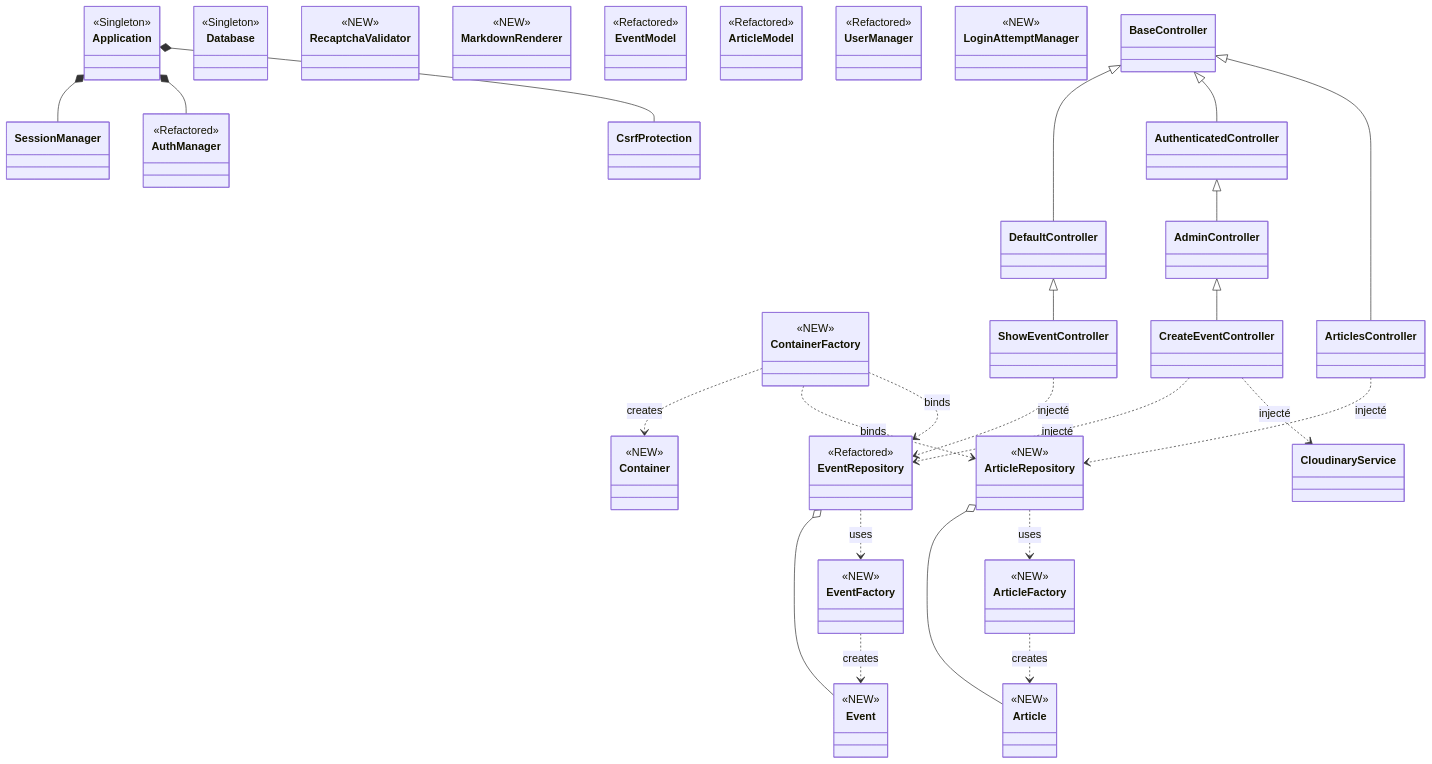
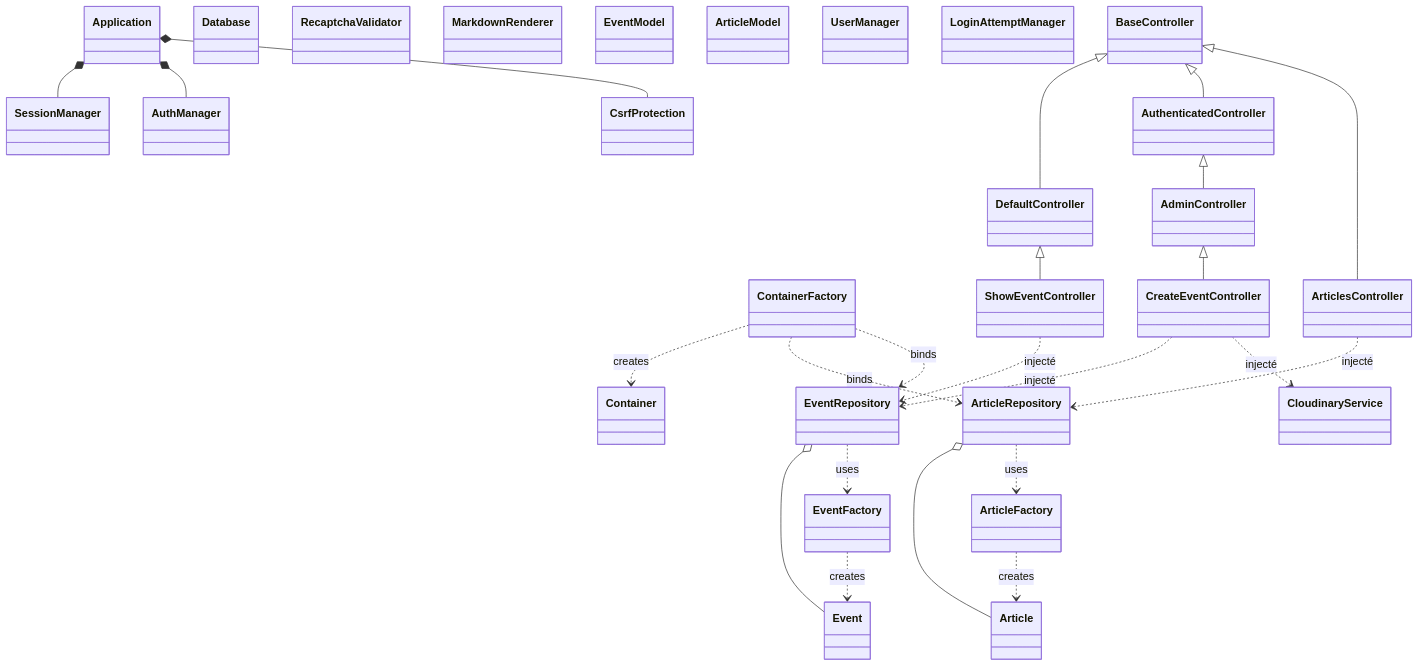
One commit to AHAMED-Nasser/BdeLive changed the diagram in README.md. Above: the diagram before and after it, drawn with Mermaid. The commit also changed other lines of this file, not shown here.

Commit message:
docs: refine README class diagram and legend for clarity
- Updated the class diagram to remove unnecessary annotations, enhancing readability.
- Clarified the legend to better explain new and refactored classes in the architecture.
- Ensured consistency in terminology and formatting throughout the documentation.

````diff
--- a/README.md
+++ b/README.md
@@ -96,48 +96,48 @@
 ```mermaid
 classDiagram
-    class Application <<Singleton>>
-    class Database <<Singleton>>
-    class Container <<NEW>>
-    class ContainerFactory <<NEW>>
-    class RecaptchaValidator <<NEW>>
-    class MarkdownRenderer <<NEW>>
-    class AuthManager <<Refactored>>
-    class Event <<NEW>>
-    class Article <<NEW>>
-    class EventFactory <<NEW>>
-    class ArticleFactory <<NEW>>
-    class ArticleRepository <<NEW>>
-    class EventRepository <<Refactored>>
-    class EventModel <<Refactored>>
-    class ArticleModel <<Refactored>>
-    class UserManager <<Refactored>>
-    class LoginAttemptManager <<NEW>>
+    class Application
+    class Database
+    class Container
+    class ContainerFactory
+    class RecaptchaValidator
+    class MarkdownRenderer
+    class AuthManager
+    class Event
+    class Article
+    class EventFactory
+    class ArticleFactory
+    class ArticleRepository
+    class EventRepository
+    class EventModel
+    class ArticleModel
+    class UserManager
+    class LoginAttemptManager
     class CloudinaryService
 
     BaseController <|-- DefaultController
     BaseController <|-- AuthenticatedController
     AuthenticatedController <|-- AdminController
     BaseController <|-- ArticlesController
     DefaultController <|-- ShowEventController
     AdminController <|-- CreateEventController
 
     ContainerFactory ..> Container : creates
     ContainerFactory ..> ArticleRepository : binds
     ContainerFactory ..> EventRepository : binds
 
     ArticleRepository o-- Article
     EventRepository o-- Event
     ArticleRepository ..> ArticleFactory : uses
     EventRepository ..> EventFactory : uses
     ArticleFactory ..> Article : creates
     EventFactory ..> Event : creates
 
     ArticlesController ..> ArticleRepository : injecté
     CreateEventController ..> EventRepository : injecté
     CreateEventController ..> CloudinaryService : injecté
     ShowEventController ..> EventRepository : injecté
 
     Application *-- SessionManager
     Application *-- AuthManager
     Application *-- CsrfProtection
 ```
````
